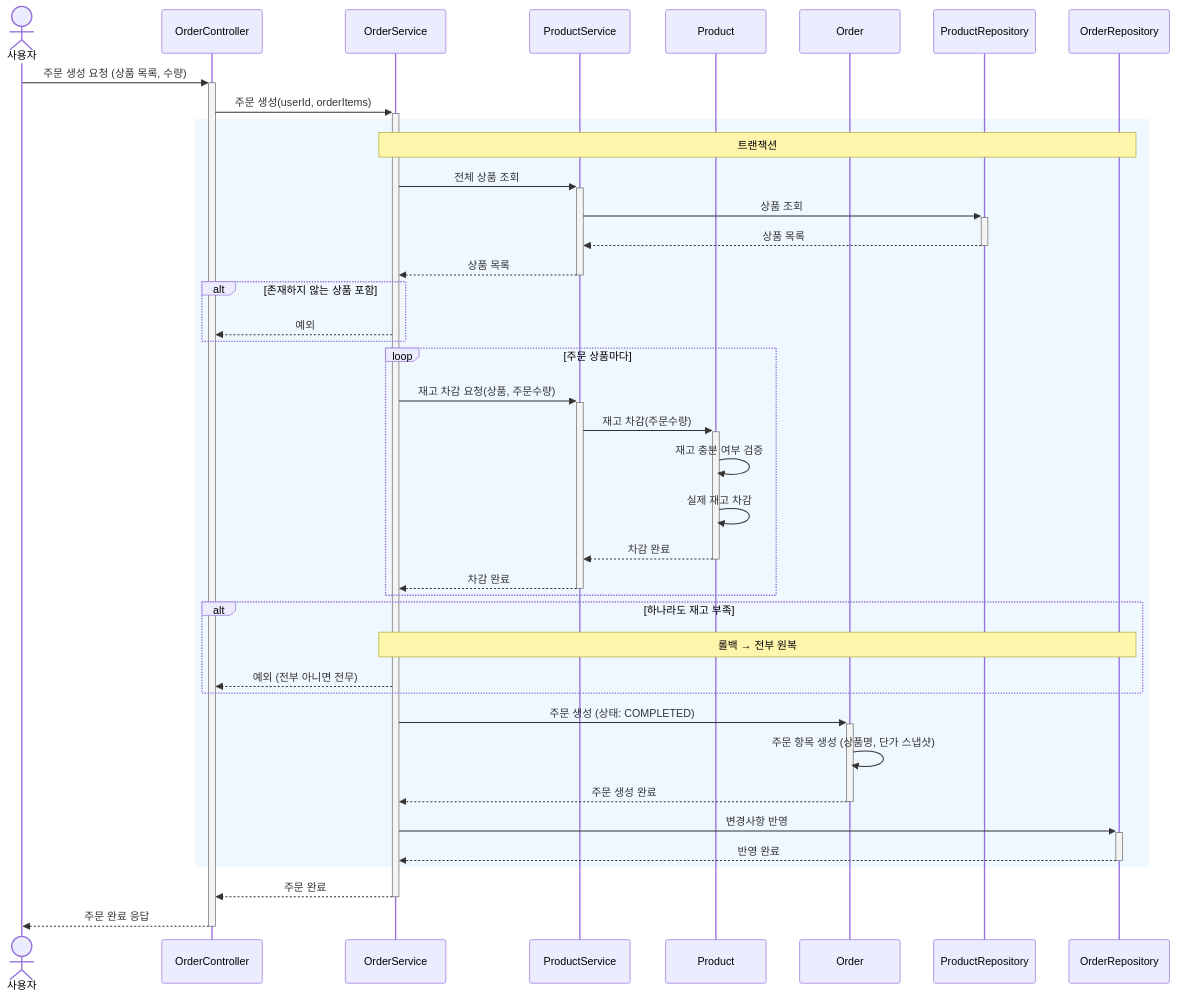
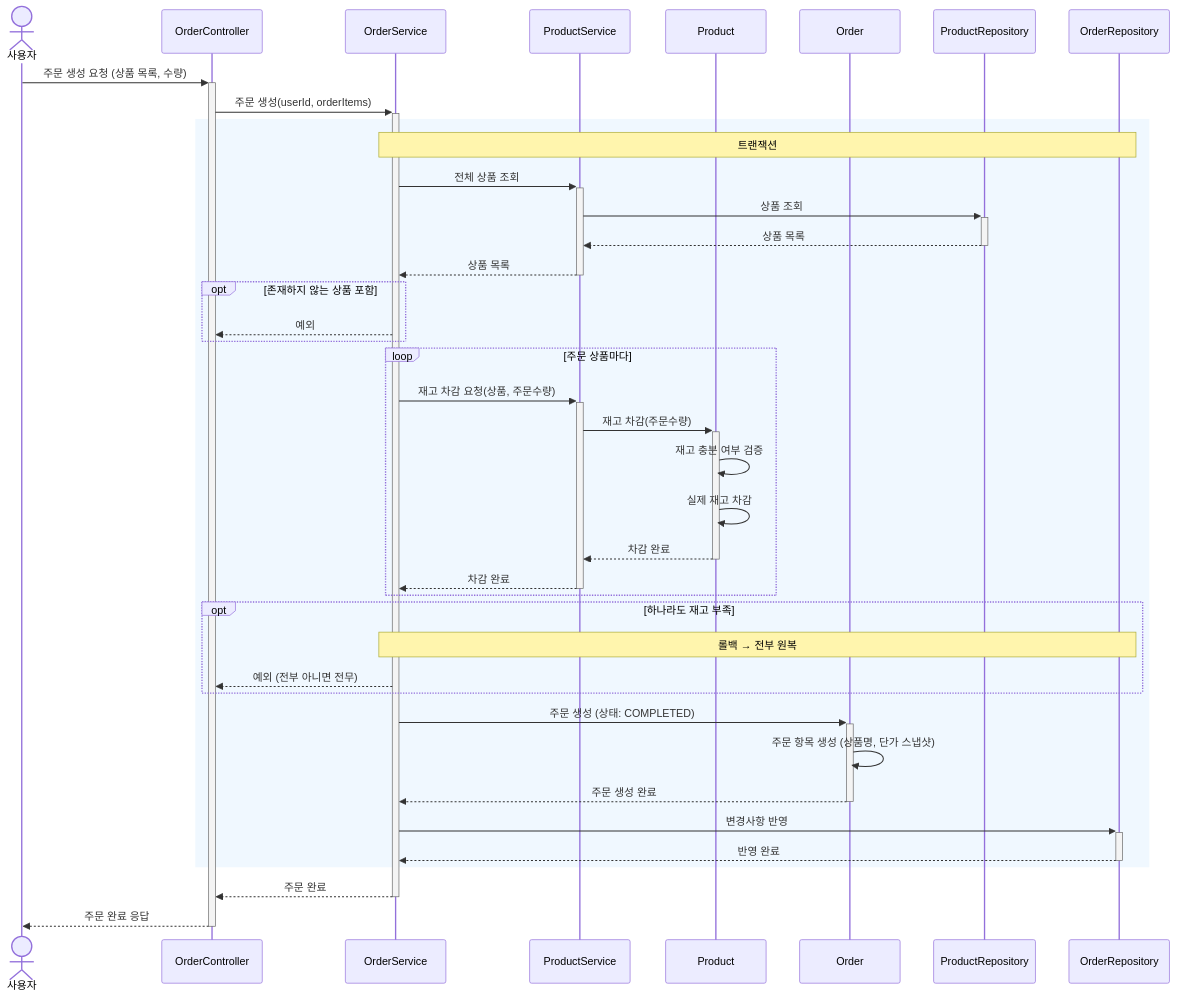
One commit to kimjunyoung90/loop-pack-be-l2-vol3-java changed diagram 18 of 23 in docs/design/02-sequence-diagrams.md. Above: the diagram before and after it, drawn with Mermaid. The commit also changed other lines of this file, not shown here.

````diff
--- a/docs/design/02-sequence-diagrams.md
+++ b/docs/design/02-sequence-diagrams.md
@@ -578,49 +578,49 @@
 ```mermaid
 sequenceDiagram
     actor User as 사용자
     participant OC as OrderController
     participant OS as OrderService
     participant PS as ProductService
     participant P as Product
     participant O as Order
     participant PR as ProductRepository
     participant OR as OrderRepository
 
     User->>+OC: 주문 생성 요청 (상품 목록, 수량)
     OC->>+OS: 주문 생성(userId, orderItems)
 
     rect rgb(240, 248, 255)
         Note over OS, OR: 트랜잭션
         OS->>+PS: 전체 상품 조회
         PS->>+PR: 상품 조회
         PR-->>-PS: 상품 목록
         PS-->>-OS: 상품 목록
 
-        alt 존재하지 않는 상품 포함
+        opt 존재하지 않는 상품 포함
             OS-->>OC: 예외
         end
 
         loop 주문 상품마다
             OS->>+PS: 재고 차감 요청(상품, 주문수량)
             PS->>+P: 재고 차감(주문수량)
             P->>P: 재고 충분 여부 검증
             P->>P: 실제 재고 차감
             P-->>-PS: 차감 완료
             PS-->>-OS: 차감 완료
         end
 
-        alt 하나라도 재고 부족
+        opt 하나라도 재고 부족
             Note over OS, OR: 롤백 → 전부 원복
             OS-->>OC: 예외 (전부 아니면 전무)
         end
 
         OS->>+O: 주문 생성 (상태: COMPLETED)
         O->>O: 주문 항목 생성 (상품명, 단가 스냅샷)
         O-->>-OS: 주문 생성 완료
         OS->>+OR: 변경사항 반영
         OR-->>-OS: 반영 완료
     end
 
     OS-->>-OC: 주문 완료
     OC-->>-User: 주문 완료 응답
 ```
````
